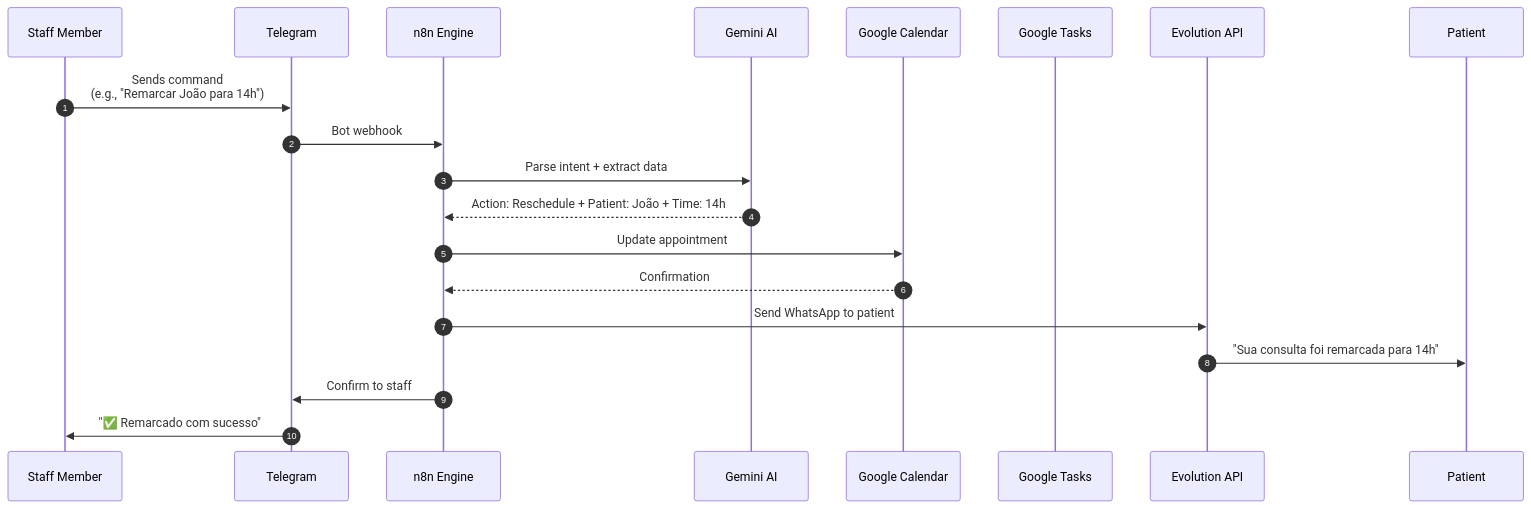
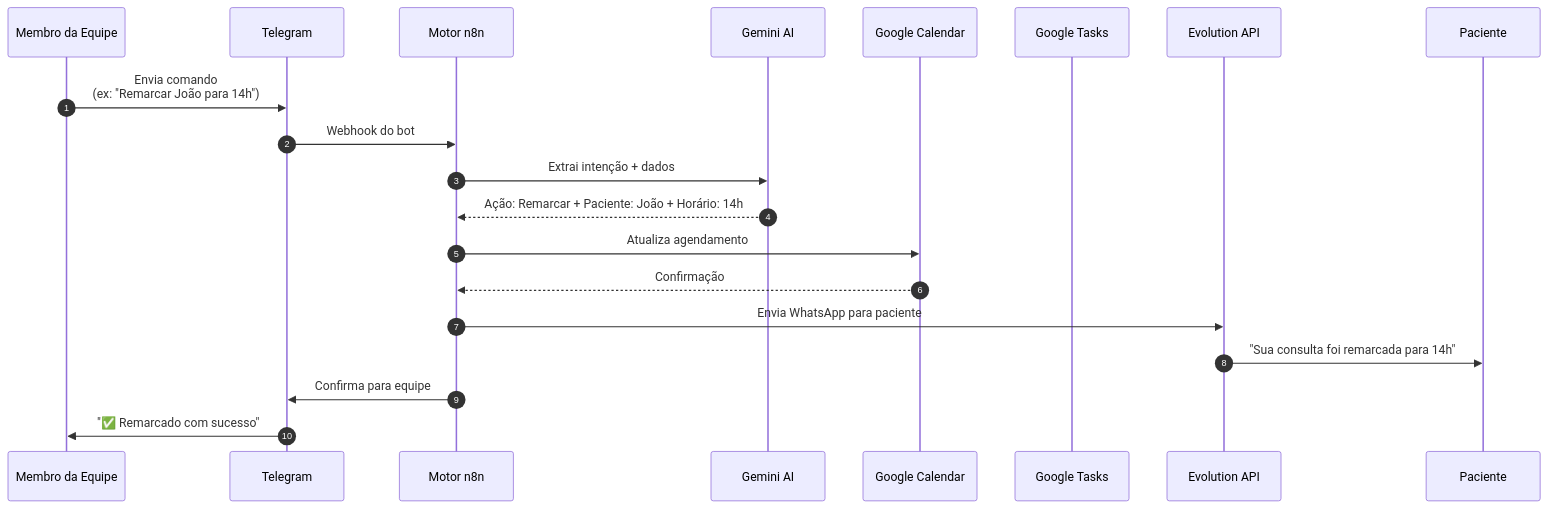
One commit to RenanLisboa8/n8n-clinic-multiagent changed the seventh of 10 diagrams in docs/ARCHITECTURE.md. Above: the diagram before and after it, drawn with Mermaid. The commit also changed other lines of this file and 3 other files, not shown here.

First line of the commit message:
Translate architecture and deployment documentation to Portuguese

````diff
--- a/docs/ARCHITECTURE.md
+++ b/docs/ARCHITECTURE.md
@@ -322,28 +322,28 @@
 ```mermaid
 sequenceDiagram
     autonumber
     
-    participant S as Staff Member
+    participant S as Membro da Equipe
     participant T as Telegram
-    participant N as n8n Engine
+    participant N as Motor n8n
     participant AI as Gemini AI
     participant GC as Google Calendar
     participant GT as Google Tasks
     participant E as Evolution API
-    participant P as Patient
+    participant P as Paciente
     
-    S->>T: Sends command<br/>(e.g., "Remarcar João para 14h")
-    T->>N: Bot webhook
+    S->>T: Envia comando<br/>(ex: "Remarcar João para 14h")
+    T->>N: Webhook do bot
     
-    N->>AI: Parse intent + extract data
-    AI-->>N: Action: Reschedule + Patient: João + Time: 14h
+    N->>AI: Extrai intenção + dados
+    AI-->>N: Ação: Remarcar + Paciente: João + Horário: 14h
     
-    N->>GC: Update appointment
-    GC-->>N: Confirmation
+    N->>GC: Atualiza agendamento
+    GC-->>N: Confirmação
     
-    N->>E: Send WhatsApp to patient
+    N->>E: Envia WhatsApp para paciente
     E->>P: "Sua consulta foi remarcada para 14h"
     
-    N->>T: Confirm to staff
+    N->>T: Confirma para equipe
     T->>S: "✅ Remarcado com sucesso"
 ```
````
